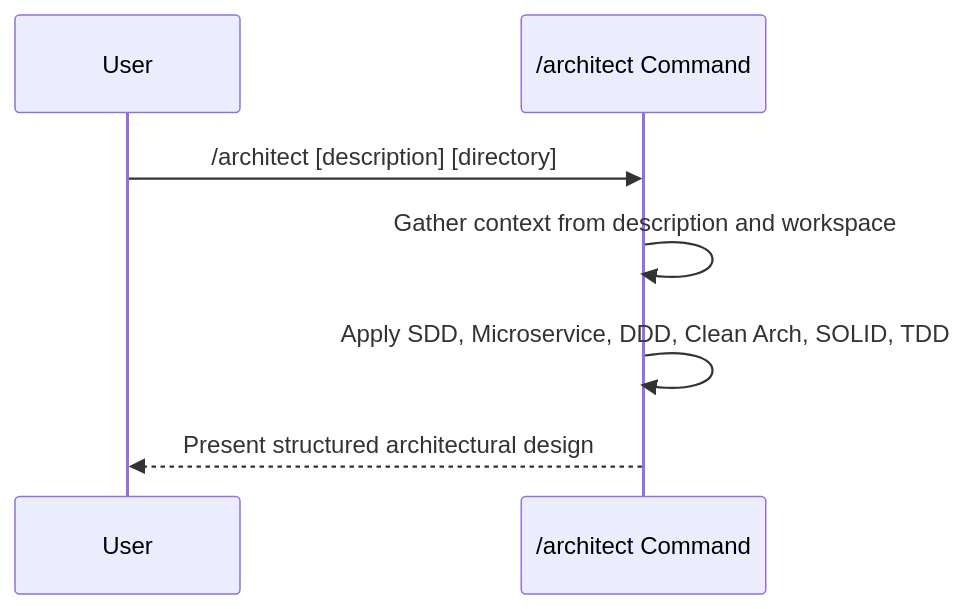
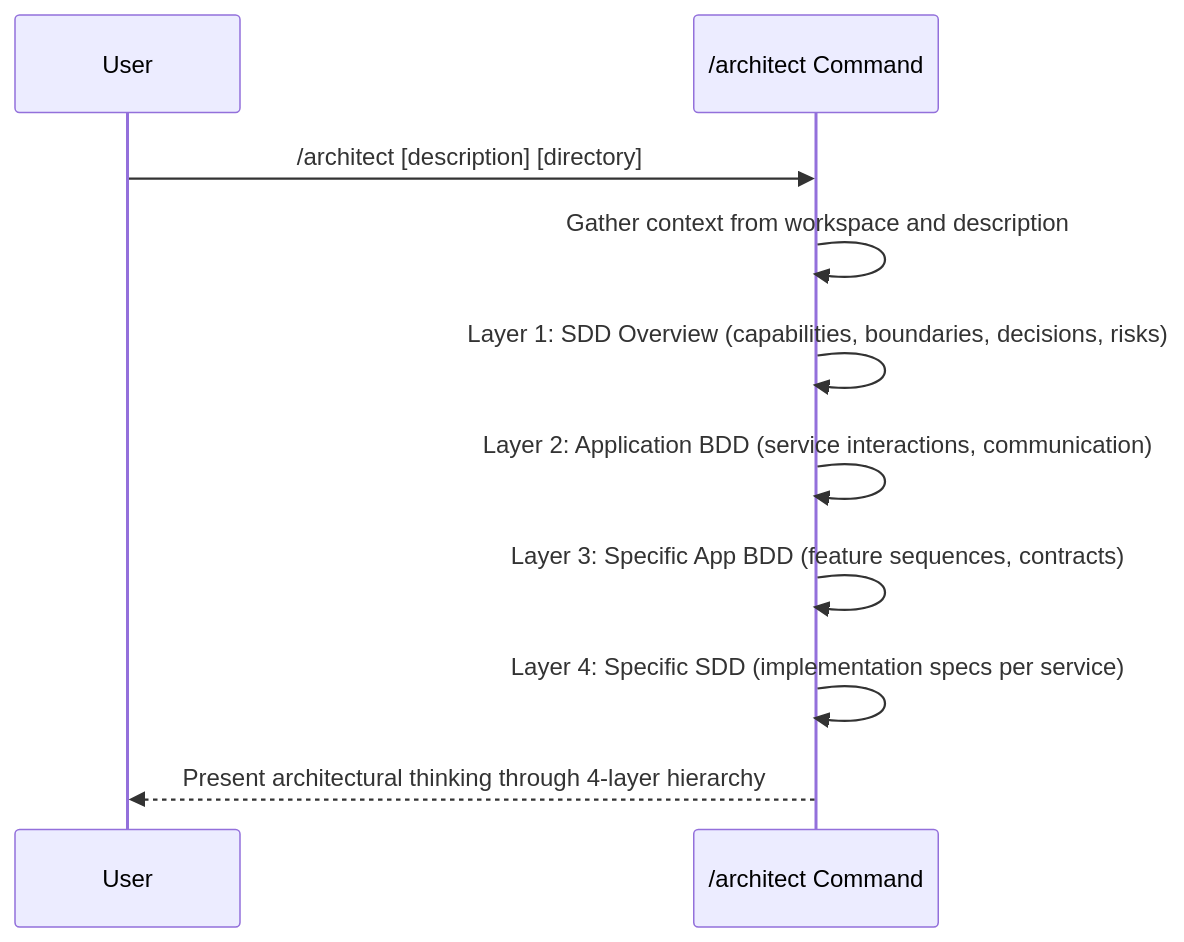
Before and after one commit to zzaia/zzaia-agentic-workspace: the diagram in .claude/commands/behavior/management/architect.md, drawn with Mermaid. The commit also changed other lines of this file, not shown here.

Commit message:
Improving the management architect behavior;

````diff
--- a/.claude/commands/behavior/management/architect.md
+++ b/.claude/commands/behavior/management/architect.md
@@ -57,10 +77,13 @@
 ```mermaid
 sequenceDiagram
     participant U as User
-    participant C as /architect Command
+    participant A as /architect Command
 
-    U->>C: /architect [description] [directory]
-    C->>C: Gather context from description and workspace
-    C->>C: Apply SDD, Microservice, DDD, Clean Arch, SOLID, TDD
-    C-->>U: Present structured architectural design
+    U->>A: /architect [description] [directory]
+    A->>A: Gather context from workspace and description
+    A->>A: Layer 1: SDD Overview (capabilities, boundaries, decisions, risks)
+    A->>A: Layer 2: Application BDD (service interactions, communication)
+    A->>A: Layer 3: Specific App BDD (feature sequences, contracts)
+    A->>A: Layer 4: Specific SDD (implementation specs per service)
+    A-->>U: Present architectural thinking through 4-layer hierarchy
 ```
````
